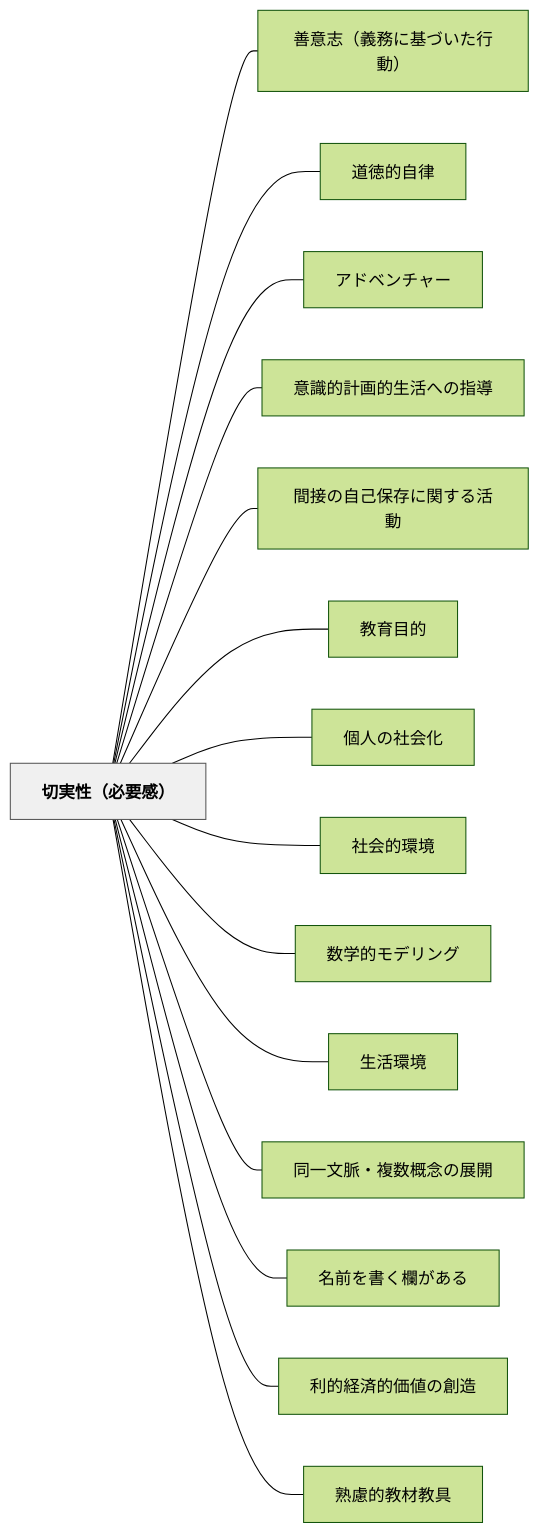
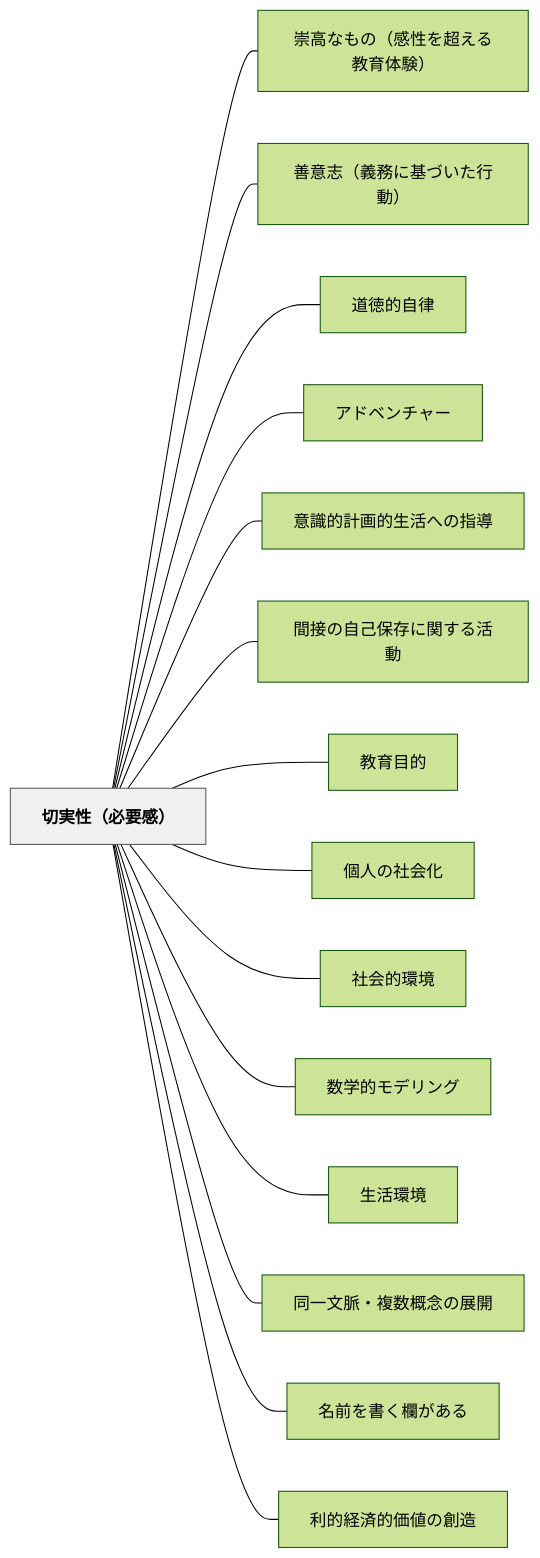
Before and after one commit to unknownthings-ed-patterns/unknownthings-ed-patterns: the diagram in content/パタン/切実性（必要感）.md, drawn with Mermaid (forest theme). The commit also changed other lines of this file and 14 other files, not shown here.

````diff
--- a/content/パタン/切実性（必要感）.md
+++ b/content/パタン/切実性（必要感）.md
@@ -82,36 +83,36 @@
 ```mermaid
 flowchart LR
     ne58887e5ae9fe680a7efbc88e5bf85e8a681e6849fefbc89["切実性（必要感）"]
+    ne5b487e9ab98e381aae38282e381aeefbc88e6849fe680a7e38292e8b685e38188e3828be69599e882b2e4bd93e9a893efbc89["崇高なもの（感性を超える教育体験）"]
     ne59684e6848fe5bf97efbc88e7bea9e58b99e381abe59fbae381a5e38184e3819fe8a18ce58b95efbc89["善意志（義務に基づいた行動）"]
     ne98193e5beb3e79a84e887aae5be8b["道徳的自律"]
     ne382a2e38389e38399e383b3e38381e383a3e383bc["アドベンチャー"]
     ne6848fe8ad98e79a84e8a888e794bbe79a84e7949fe6b4bbe381b8e381aee68c87e5b08e["意識的計画的生活への指導"]
     ne99693e68ea5e381aee887aae5b7b1e4bf9de5ad98e381abe996a2e38199e3828be6b4bbe58b95["間接の自己保存に関する活動"]
     ne69599e882b2e79baee79a84["教育目的"]
     ne5808be4babae381aee7a4bee4bc9ae58c96["個人の社会化"]
     ne7a4bee4bc9ae79a84e792b0e5a283["社会的環境"]
     ne695b0e5ada6e79a84e383a2e38387e383aae383b3e382b0["数学的モデリング"]
     ne7949fe6b4bbe792b0e5a283["生活環境"]
     ne5908ce4b880e69687e88488e383bbe8a487e695b0e6a682e5bfb5e381aee5b195e9968b["同一文脈・複数概念の展開"]
     ne5908de5898de38292e69bb8e3818fe6ac84e3818ce38182e3828b["名前を書く欄がある"]
     ne588a9e79a84e7b58ce6b888e79a84e4bea1e580a4e381aee589b5e980a0["利的経済的価値の創造"]
-    ne7869fe685aee79a84e69599e69d90e69599e585b7["熟慮的教材教具"]
 
+    ne58887e5ae9fe680a7efbc88e5bf85e8a681e6849fefbc89 --- ne5b487e9ab98e381aae38282e381aeefbc88e6849fe680a7e38292e8b685e38188e3828be69599e882b2e4bd93e9a893efbc89
     ne58887e5ae9fe680a7efbc88e5bf85e8a681e6849fefbc89 --- ne59684e6848fe5bf97efbc88e7bea9e58b99e381abe59fbae381a5e38184e3819fe8a18ce58b95efbc89
     ne58887e5ae9fe680a7efbc88e5bf85e8a681e6849fefbc89 --- ne98193e5beb3e79a84e887aae5be8b
     ne58887e5ae9fe680a7efbc88e5bf85e8a681e6849fefbc89 --- ne382a2e38389e38399e383b3e38381e383a3e383bc
     ne58887e5ae9fe680a7efbc88e5bf85e8a681e6849fefbc89 --- ne6848fe8ad98e79a84e8a888e794bbe79a84e7949fe6b4bbe381b8e381aee68c87e5b08e
     ne58887e5ae9fe680a7efbc88e5bf85e8a681e6849fefbc89 --- ne99693e68ea5e381aee887aae5b7b1e4bf9de5ad98e381abe996a2e38199e3828be6b4bbe58b95
     ne58887e5ae9fe680a7efbc88e5bf85e8a681e6849fefbc89 --- ne69599e882b2e79baee79a84
     ne58887e5ae9fe680a7efbc88e5bf85e8a681e6849fefbc89 --- ne5808be4babae381aee7a4bee4bc9ae58c96
     ne58887e5ae9fe680a7efbc88e5bf85e8a681e6849fefbc89 --- ne7a4bee4bc9ae79a84e792b0e5a283
     ne58887e5ae9fe680a7efbc88e5bf85e8a681e6849fefbc89 --- ne695b0e5ada6e79a84e383a2e38387e383aae383b3e382b0
     ne58887e5ae9fe680a7efbc88e5bf85e8a681e6849fefbc89 --- ne7949fe6b4bbe792b0e5a283
     ne58887e5ae9fe680a7efbc88e5bf85e8a681e6849fefbc89 --- ne5908ce4b880e69687e88488e383bbe8a487e695b0e6a682e5bfb5e381aee5b195e9968b
     ne58887e5ae9fe680a7efbc88e5bf85e8a681e6849fefbc89 --- ne5908de5898de38292e69bb8e3818fe6ac84e3818ce38182e3828b
     ne58887e5ae9fe680a7efbc88e5bf85e8a681e6849fefbc89 --- ne588a9e79a84e7b58ce6b888e79a84e4bea1e580a4e381aee589b5e980a0
-    ne58887e5ae9fe680a7efbc88e5bf85e8a681e6849fefbc89 --- ne7869fe685aee79a84e69599e69d90e69599e585b7
 
     classDef hub fill:#f0f0f0,stroke:#555,color:#000,font-weight:bold
     class ne58887e5ae9fe680a7efbc88e5bf85e8a681e6849fefbc89 hub
 ```
````
